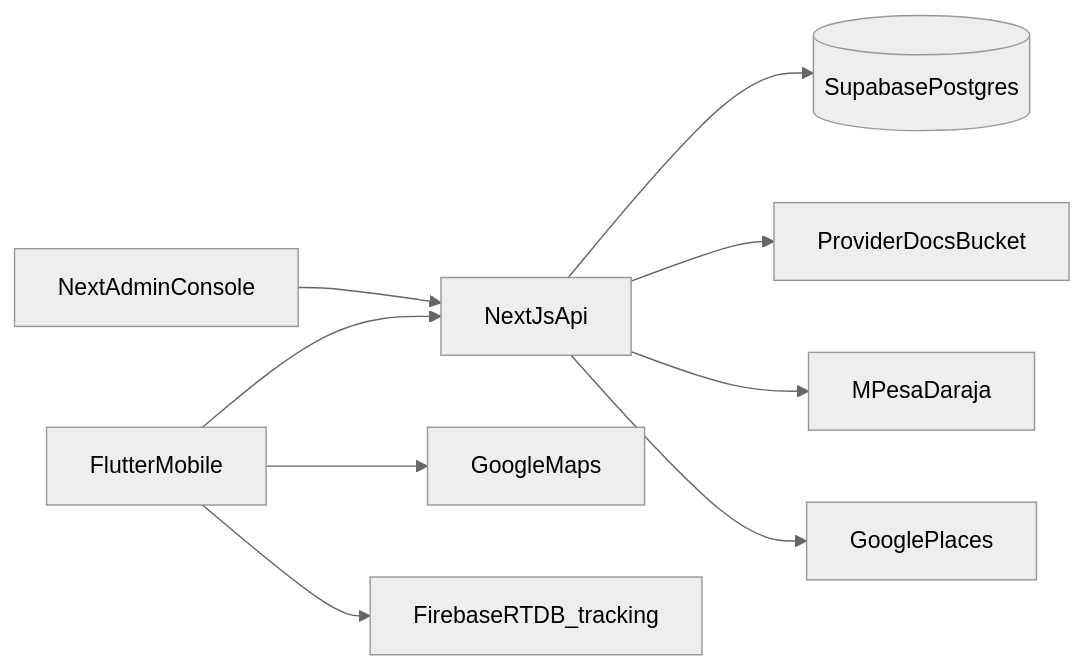
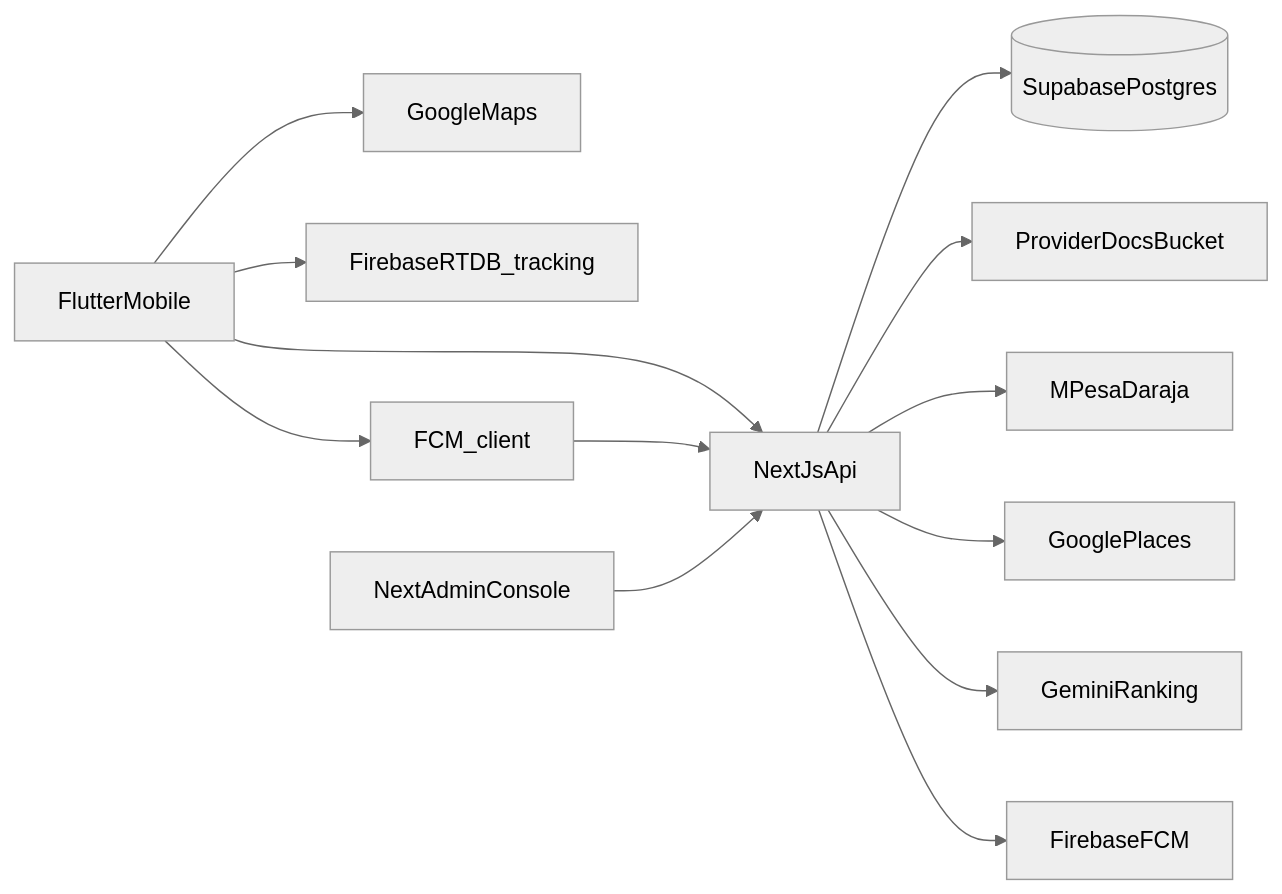
Before and after one commit to DisonUyoga/Service_Link: the diagram in ARCHITECTURE.md, drawn with Mermaid (neutral theme). The commit also changed other lines of this file and 79 other files, not shown here.

````diff
--- a/ARCHITECTURE.md
+++ b/ARCHITECTURE.md
@@ -7,11 +7,15 @@
 ```mermaid
 flowchart LR
   mobile[FlutterMobile] --> nextApi[NextJsApi]
   nextApi --> supabase[(SupabasePostgres)]
   nextApi --> storage[ProviderDocsBucket]
   nextApi --> daraja[MPesaDaraja]
   nextApi --> places[GooglePlaces]
+  nextApi --> gemini[GeminiRanking]
+  nextApi --> fcm[FirebaseFCM]
   mobile --> maps[GoogleMaps]
   mobile --> firebase[FirebaseRTDB_tracking]
+  mobile --> fcmClient[FCM_client]
+  fcmClient --> nextApi
   admin[NextAdminConsole] --> nextApi
 ```
````
